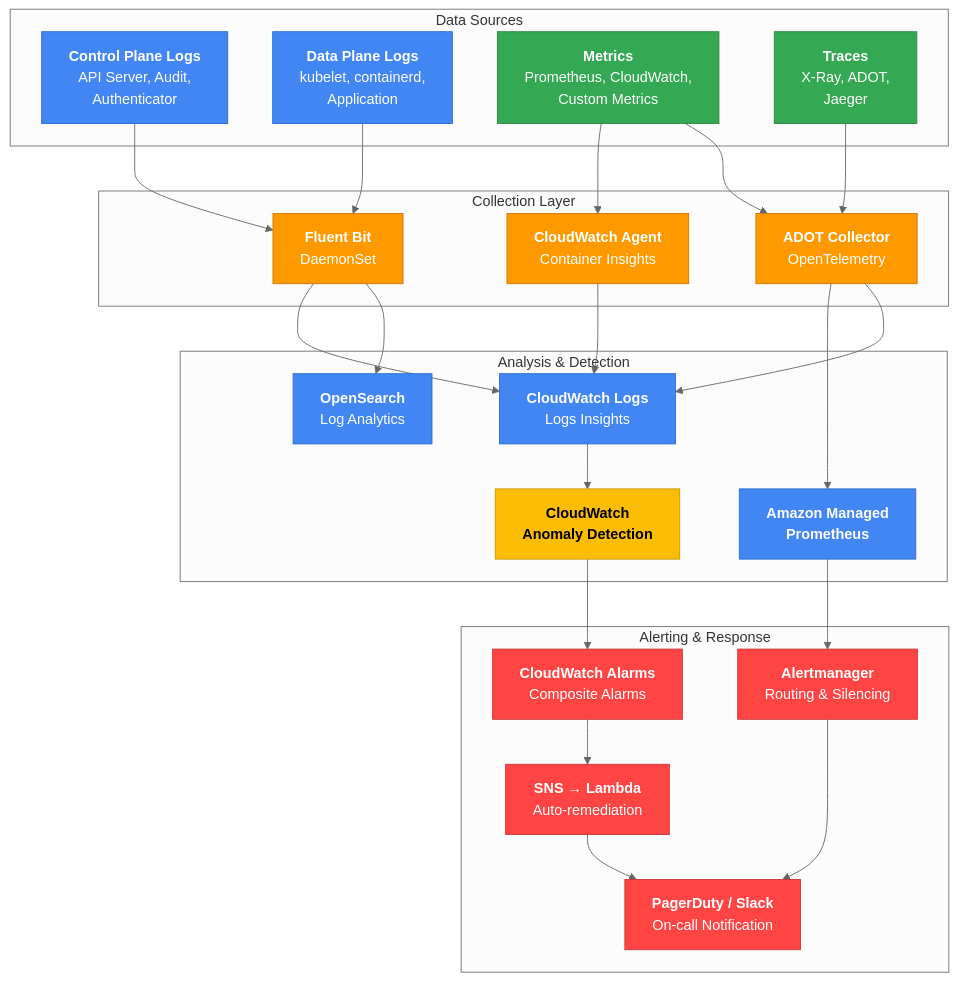
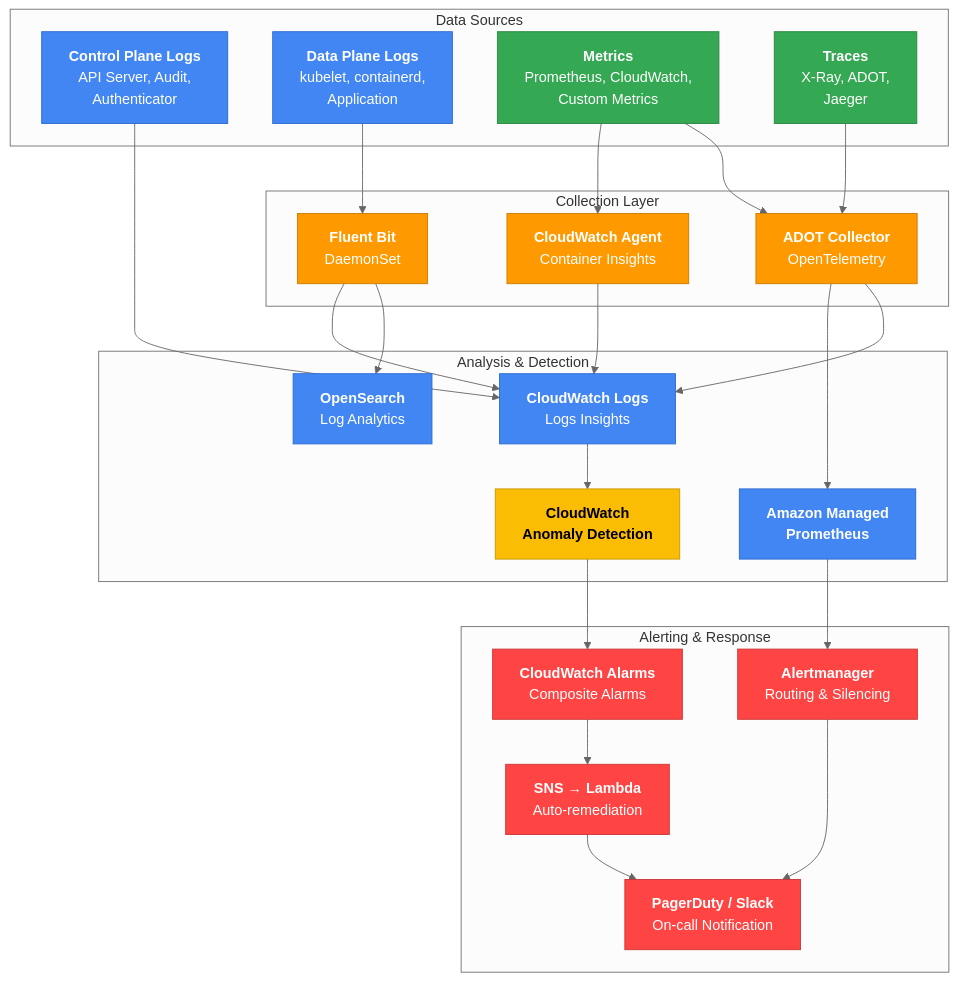
The second of 2 diagrams in docs/eks-best-practices/operations-reliability/eks-debugging/observability.md (devfloor9/engineering-playbook), drawn with Mermaid (neutral theme) before and after one commit. The commit also changed other lines of this file and 3 other files, not shown here.

````diff
--- a/docs/eks-best-practices/operations-reliability/eks-debugging/observability.md
+++ b/docs/eks-best-practices/operations-reliability/eks-debugging/observability.md
@@ -284,81 +302,81 @@
 ```mermaid
 flowchart TB
     subgraph Sources["Data Sources"]
         CP["`**Control Plane Logs**
         API Server, Audit,
         Authenticator`"]
         DP["`**Data Plane Logs**
         kubelet, containerd,
         Application`"]
         MT["`**Metrics**
         Prometheus, CloudWatch,
         Custom Metrics`"]
         TR["`**Traces**
         X-Ray, ADOT,
         Jaeger`"]
     end
 
     subgraph Collection["Collection Layer"]
         FB["`**Fluent Bit**
         DaemonSet`"]
         CWA["`**CloudWatch Agent**
         Container Insights`"]
         ADOT["`**ADOT Collector**
         OpenTelemetry`"]
     end
 
     subgraph Analysis["Analysis & Detection"]
         CWL["`**CloudWatch Logs**
         Logs Insights`"]
         AMP["`**Amazon Managed
         Prometheus**`"]
         OS["`**OpenSearch**
         Log Analytics`"]
         CWAD["`**CloudWatch
         Anomaly Detection**`"]
     end
 
     subgraph Alert["Alerting & Response"]
         CWA2["`**CloudWatch Alarms**
         Composite Alarms`"]
         AM["`**Alertmanager**
         Routing & Silencing`"]
         SNS["`**SNS → Lambda**
         Auto-remediation`"]
         PD["`**PagerDuty / Slack**
         On-call Notification`"]
     end
 
-    CP --> FB
+    CP --> CWL
     DP --> FB
     MT --> CWA
     MT --> ADOT
     TR --> ADOT
     FB --> CWL
     FB --> OS
     CWA --> CWL
     ADOT --> AMP
     ADOT --> CWL
     CWL --> CWAD
     AMP --> AM
     CWAD --> CWA2
     CWA2 --> SNS
     AM --> PD
     SNS --> PD
 
     style CP fill:#4286f4,stroke:#2a6acf,color:#fff
     style DP fill:#4286f4,stroke:#2a6acf,color:#fff
     style MT fill:#34a853,stroke:#2a8642,color:#fff
     style TR fill:#34a853,stroke:#2a8642,color:#fff
     style FB fill:#ff9900,stroke:#cc7a00,color:#fff
     style CWA fill:#ff9900,stroke:#cc7a00,color:#fff
     style ADOT fill:#ff9900,stroke:#cc7a00,color:#fff
     style CWL fill:#4286f4,stroke:#2a6acf,color:#fff
     style AMP fill:#4286f4,stroke:#2a6acf,color:#fff
     style OS fill:#4286f4,stroke:#2a6acf,color:#fff
     style CWAD fill:#fbbc04,stroke:#c99603,color:#000
     style CWA2 fill:#ff4444,stroke:#cc3636,color:#fff
     style AM fill:#ff4444,stroke:#cc3636,color:#fff
     style SNS fill:#ff4444,stroke:#cc3636,color:#fff
     style PD fill:#ff4444,stroke:#cc3636,color:#fff
 ```
````
